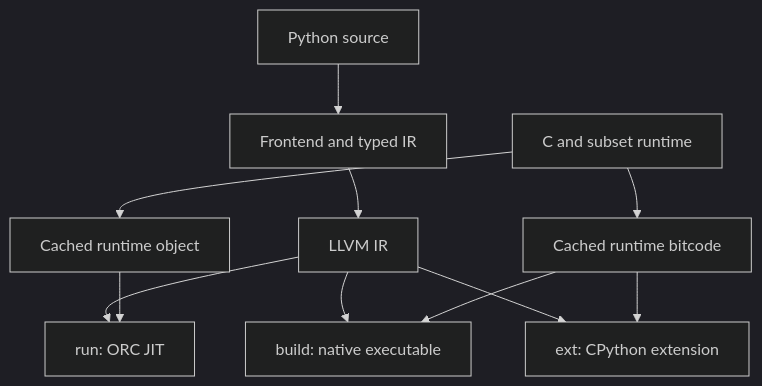
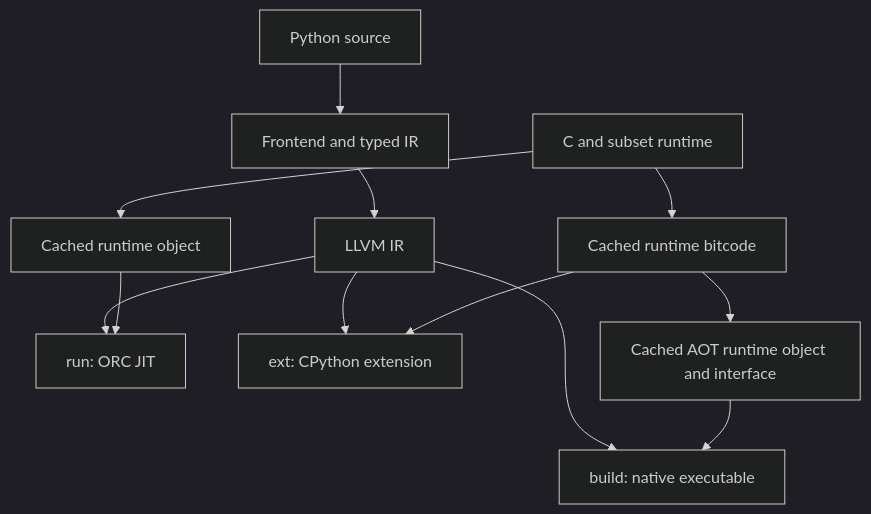
Before and after one commit to den-run-ai/pystachy: the diagram in docs/internals.md, drawn with Mermaid (dark theme). The commit also changed other lines of this file and 11 other files, not shown here.

````diff
--- a/docs/internals.md
+++ b/docs/internals.md
@@ -41,13 +41,14 @@
 ```mermaid
 flowchart TD
     src["Python source"] --> frontend["Frontend and typed IR"]
     frontend --> llvm["LLVM IR"]
     llvm --> jit["run: ORC JIT"]
     llvm --> aot["build: native executable"]
     llvm --> ext["ext: CPython extension"]
     runtime["C and subset runtime"] --> object["Cached runtime object"]
     runtime --> bitcode["Cached runtime bitcode"]
+    bitcode --> precompiled["Cached AOT runtime object and interface"]
     object --> jit
-    bitcode --> aot
+    precompiled --> aot
     bitcode --> ext
 ```
````
